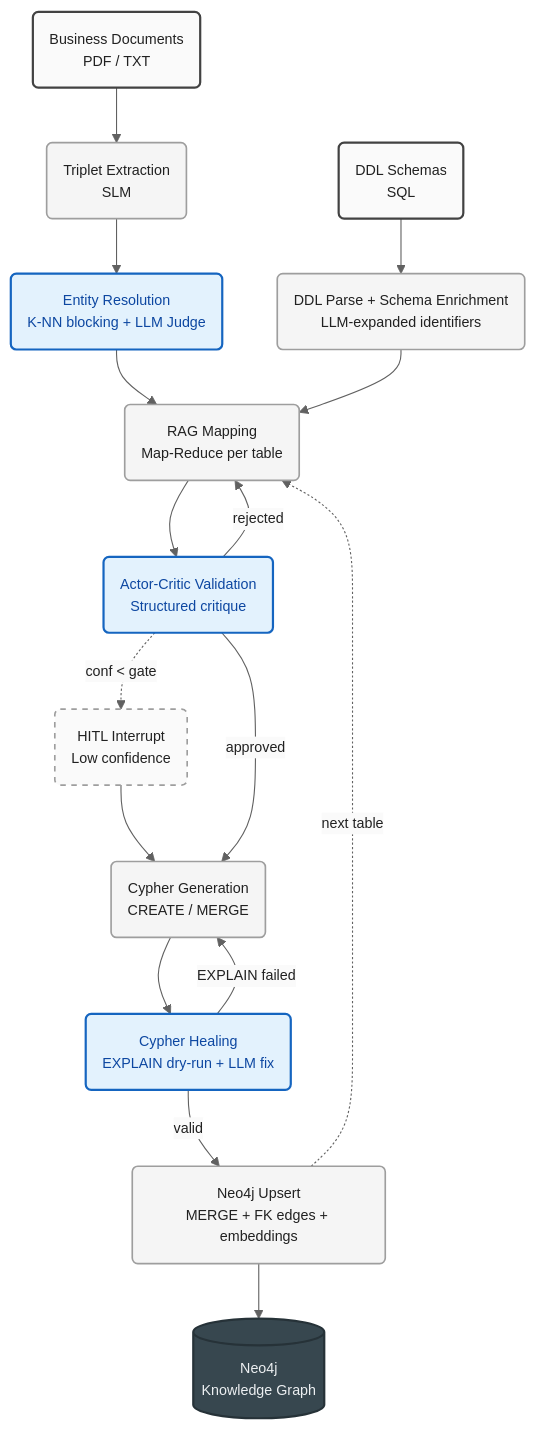
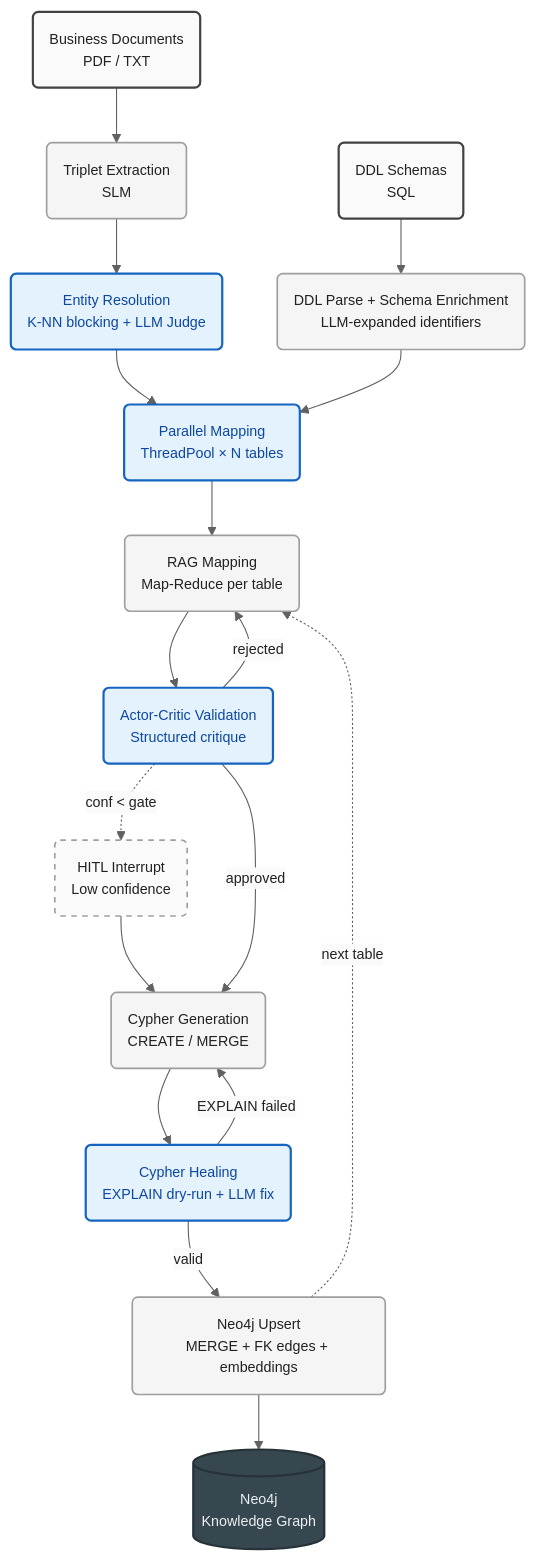
One commit to LookUpMark/semanticmesh changed the first of 2 diagrams in README.md. Above: the diagram before and after it, drawn with Mermaid. The commit also changed other lines of this file and 4 other files, not shown here.

Commit message:
docs: update diagrams, changelog, and study-guide for parallel mapping + constraint fix

````diff
--- a/README.md
+++ b/README.md
@@ -44,38 +44,40 @@
 ```mermaid
 %%{init: {'theme': 'base', 'themeVariables': {'primaryColor': '#FAFAFA', 'primaryTextColor': '#212121', 'primaryBorderColor': '#9E9E9E', 'lineColor': '#616161', 'fontSize': '13px', 'fontFamily': 'Inter, Helvetica, Arial, sans-serif'}}}%%
 flowchart TD
     A("Business Documents<br/>PDF / TXT"):::input
     B("DDL Schemas<br/>SQL"):::input
     C("Triplet Extraction<br/>SLM"):::process
     D("DDL Parse + Schema Enrichment<br/>LLM-expanded identifiers"):::process
     E("Entity Resolution<br/>K-NN blocking + LLM Judge"):::key
+    PM("Parallel Mapping<br/>ThreadPool × N tables"):::key
     F("RAG Mapping<br/>Map-Reduce per table"):::process
     G("Actor-Critic Validation<br/>Structured critique"):::key
     H("HITL Interrupt<br/>Low confidence"):::optional
     I("Cypher Generation<br/>CREATE / MERGE"):::process
     J("Cypher Healing<br/>EXPLAIN dry-run + LLM fix"):::key
     K("Neo4j Upsert<br/>MERGE + FK edges + embeddings"):::process
     L[("Neo4j<br/>Knowledge Graph")]:::database
 
     A --> C
     B --> D
     C --> E
-    E --> F
-    D --> F
+    E --> PM
+    D --> PM
+    PM --> F
     F --> G
     G -- "rejected" --> F
     G -. "conf < gate" .-> H
     H --> I
     G -- "approved" --> I
     I --> J
     J -- "EXPLAIN failed" --> I
     J -- "valid" --> K
     K --> L
     K -. "next table" .-> F
 
     classDef input fill:#FAFAFA,stroke:#424242,stroke-width:2px
     classDef process fill:#F5F5F5,stroke:#9E9E9E,stroke-width:1.5px
     classDef key fill:#E3F2FD,stroke:#1565C0,stroke-width:2px,color:#0D47A1
     classDef optional fill:#FAFAFA,stroke:#9E9E9E,stroke-width:1.5px,stroke-dasharray: 5 5
     classDef database fill:#37474F,stroke:#263238,stroke-width:2px,color:#ECEFF1
 ```
````
